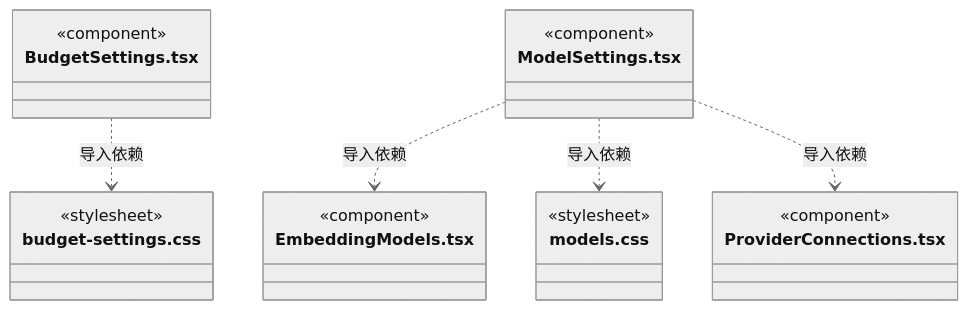
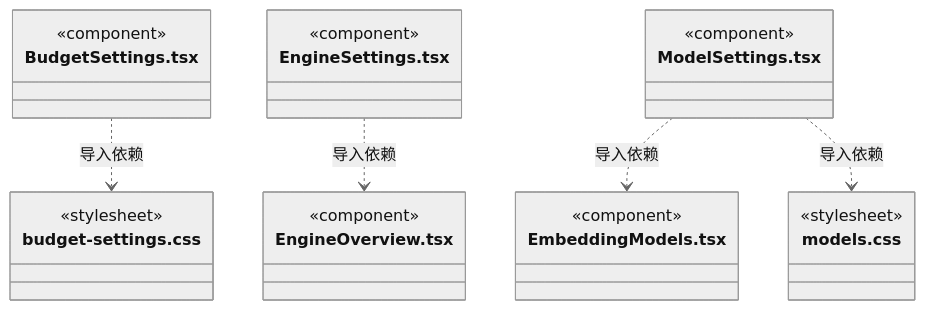
Before and after one commit to nan023062/cbim: diagram 29 of 34 in src/view/settings/ARCHITECTURE.md, drawn with Mermaid (neutral theme). The commit also changed other lines of this file and 8 other files, not shown here.

Commit message:
feat(settings): add installed engines overview

````diff
--- a/src/view/settings/ARCHITECTURE.md
+++ b/src/view/settings/ARCHITECTURE.md
@@ -426,25 +439,28 @@
 ```mermaid
 classDiagram
 class N_src_view_settings_BudgetSettings_tsx["BudgetSettings.tsx"] {
   <<component>>
 }
 class N_src_view_settings_budget_settings_css["budget-settings.css"] {
   <<stylesheet>>
+}
+class N_src_view_settings_EngineSettings_tsx["EngineSettings.tsx"] {
+  <<component>>
+}
+class N_src_view_settings_EngineOverview_tsx["EngineOverview.tsx"] {
+  <<component>>
 }
 class N_src_view_settings_ModelSettings_tsx["ModelSettings.tsx"] {
   <<component>>
 }
 class N_src_view_settings_EmbeddingModels_tsx["EmbeddingModels.tsx"] {
   <<component>>
 }
 class N_src_view_settings_models_css["models.css"] {
   <<stylesheet>>
 }
-class N_src_view_settings_ProviderConnections_tsx["ProviderConnections.tsx"] {
-  <<component>>
-}
 N_src_view_settings_BudgetSettings_tsx ..> N_src_view_settings_budget_settings_css : 导入依赖
+N_src_view_settings_EngineSettings_tsx ..> N_src_view_settings_EngineOverview_tsx : 导入依赖
 N_src_view_settings_ModelSettings_tsx ..> N_src_view_settings_EmbeddingModels_tsx : 导入依赖
 N_src_view_settings_ModelSettings_tsx ..> N_src_view_settings_models_css : 导入依赖
-N_src_view_settings_ModelSettings_tsx ..> N_src_view_settings_ProviderConnections_tsx : 导入依赖
 ```
````
